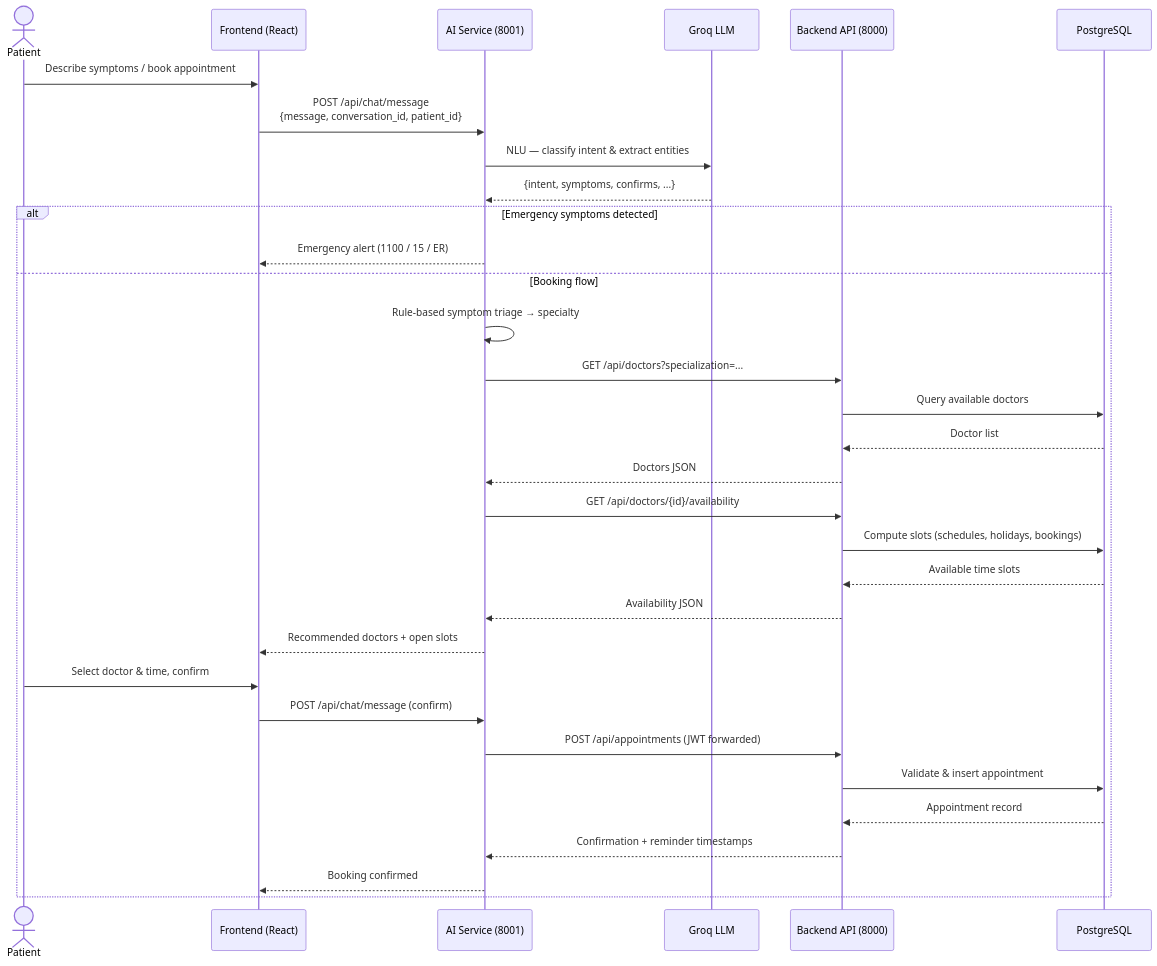
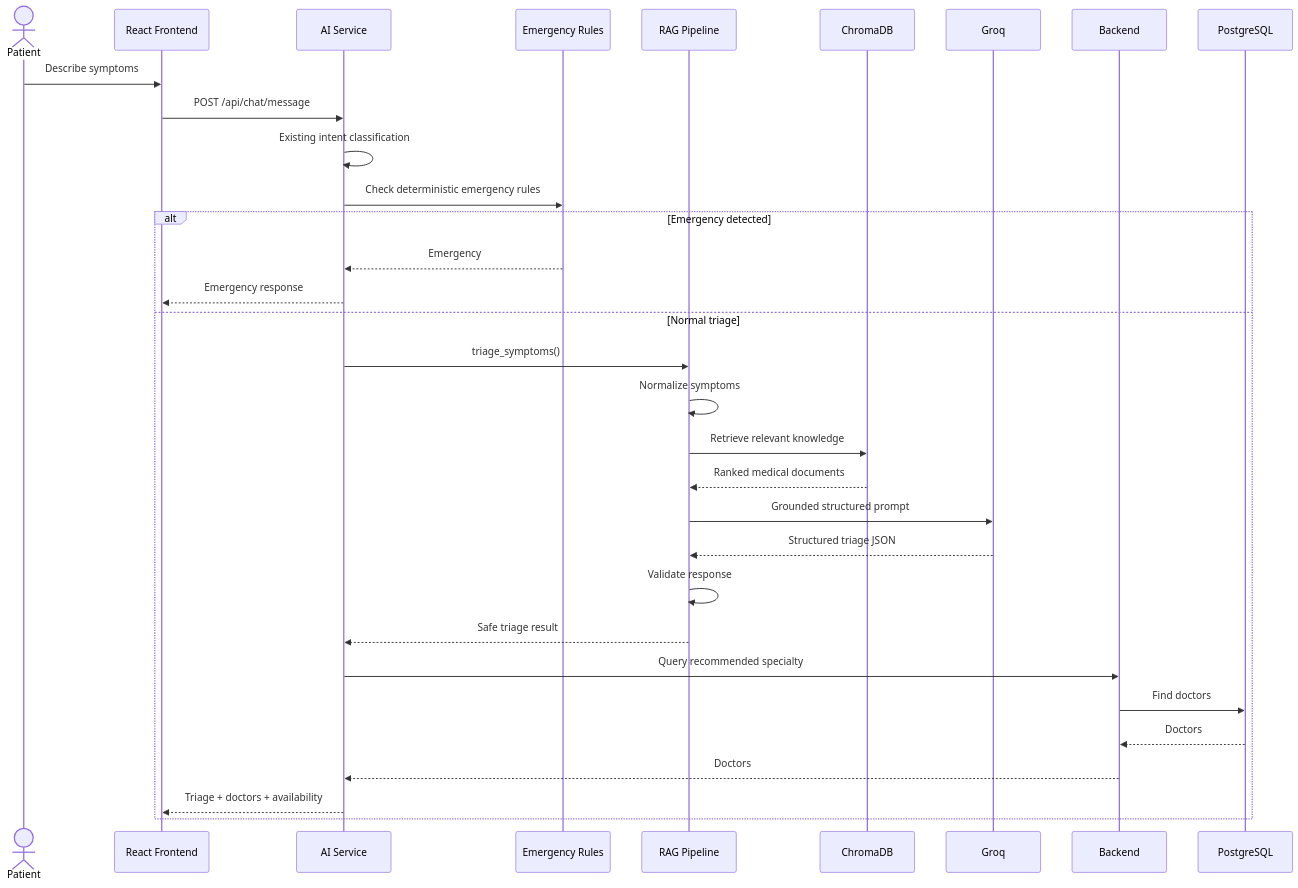
One commit to Mzaq1559/MEDIBOOK_AI changed the second of 2 diagrams in README.md. Above: the diagram before and after it, drawn with Mermaid. The commit also changed other lines of this file, not shown here.

````diff
--- a/README.md
+++ b/README.md
@@ -146,35 +341,40 @@
 ```mermaid
 sequenceDiagram
+
     actor Patient
-    participant FE as Frontend (React)
-    participant AI as AI Service (8001)
-    participant GROQ as Groq LLM
-    participant BE as Backend API (8000)
+    participant FE as React Frontend
+    participant AI as AI Service
+    participant SAFE as Emergency Rules
+    participant RAG as RAG Pipeline
+    participant CHROMA as ChromaDB
+    participant GROQ as Groq
+    participant BE as Backend
     participant DB as PostgreSQL
 
-    Patient->>FE: Describe symptoms / book appointment
-    FE->>AI: POST /api/chat/message<br/>{message, conversation_id, patient_id}
-    AI->>GROQ: NLU — classify intent & extract entities
-    GROQ-->>AI: {intent, symptoms, confirms, ...}
-    alt Emergency symptoms detected
-        AI-->>FE: Emergency alert (1100 / 15 / ER)
-    else Booking flow
-        AI->>AI: Rule-based symptom triage → specialty
-        AI->>BE: GET /api/doctors?specialization=...
-        BE->>DB: Query available doctors
-        DB-->>BE: Doctor list
-        BE-->>AI: Doctors JSON
-        AI->>BE: GET /api/doctors/{id}/availability
-        BE->>DB: Compute slots (schedules, holidays, bookings)
-        DB-->>BE: Available time slots
-        BE-->>AI: Availability JSON
-        AI-->>FE: Recommended doctors + open slots
-        Patient->>FE: Select doctor & time, confirm
-        FE->>AI: POST /api/chat/message (confirm)
-        AI->>BE: POST /api/appointments (JWT forwarded)
-        BE->>DB: Validate & insert appointment
-        DB-->>BE: Appointment record
-        BE-->>AI: Confirmation + reminder timestamps
-        AI-->>FE: Booking confirmed
+    Patient->>FE: Describe symptoms
+    FE->>AI: POST /api/chat/message
+
+    AI->>AI: Existing intent classification
+    AI->>SAFE: Check deterministic emergency rules
+
+    alt Emergency detected
+        SAFE-->>AI: Emergency
+        AI-->>FE: Emergency response
+    else Normal triage
+        AI->>RAG: triage_symptoms()
+        RAG->>RAG: Normalize symptoms
+        RAG->>CHROMA: Retrieve relevant knowledge
+        CHROMA-->>RAG: Ranked medical documents
+        RAG->>GROQ: Grounded structured prompt
+        GROQ-->>RAG: Structured triage JSON
+        RAG->>RAG: Validate response
+        RAG-->>AI: Safe triage result
+
+        AI->>BE: Query recommended specialty
+        BE->>DB: Find doctors
+        DB-->>BE: Doctors
+        BE-->>AI: Doctors
+
+        AI-->>FE: Triage + doctors + availability
     end
 ```
````
